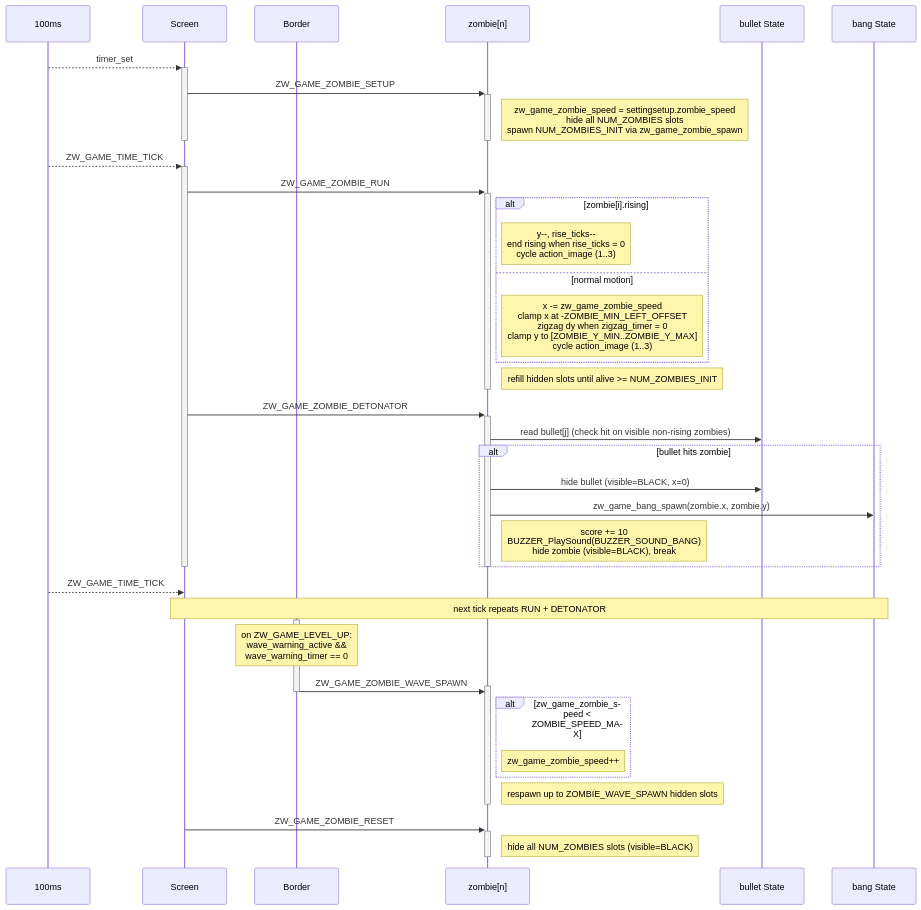
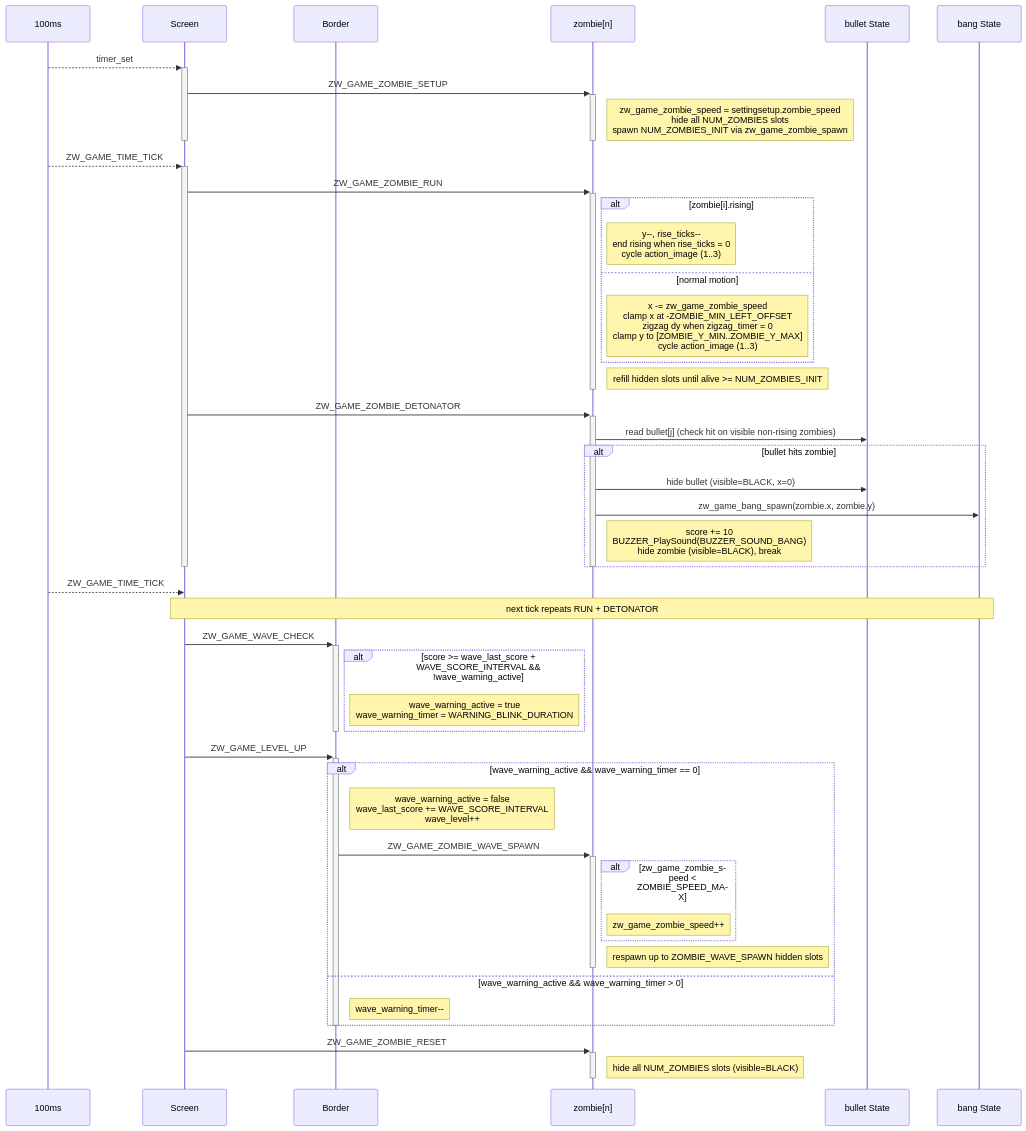
The diagram in docs/object_sequence.md (caotrongphuoc/mini-clock), drawn with Mermaid before and after one commit.

Commit message:
[UPDATE] zombie's sequence

````diff
--- a/docs/object_sequence.md
+++ b/docs/object_sequence.md
@@ -45,52 +45,62 @@
 ```mermaid
 sequenceDiagram
     participant Timer as 100ms
     participant Screen
     participant Border
     participant Zombie as zombie[n]
     participant Bullet as bullet State
     participant Bang as bang State
 
     Timer-->>+Screen: timer_set
     Screen->>+Zombie: ZW_GAME_ZOMBIE_SETUP
     Note right of Zombie: zw_game_zombie_speed = settingsetup.zombie_speed<br/>hide all NUM_ZOMBIES slots<br/>spawn NUM_ZOMBIES_INIT via zw_game_zombie_spawn
     deactivate Zombie
     deactivate Screen
 
     Timer-->>+Screen: ZW_GAME_TIME_TICK
     Screen->>+Zombie: ZW_GAME_ZOMBIE_RUN
     alt zombie[i].rising
         Note right of Zombie: y--, rise_ticks--<br/>end rising when rise_ticks = 0<br/>cycle action_image (1..3)
     else normal motion
         Note right of Zombie: x -= zw_game_zombie_speed<br/>clamp x at -ZOMBIE_MIN_LEFT_OFFSET<br/>zigzag dy when zigzag_timer = 0<br/>clamp y to [ZOMBIE_Y_MIN..ZOMBIE_Y_MAX]<br/>cycle action_image (1..3)
     end
     Note right of Zombie: refill hidden slots until alive >= NUM_ZOMBIES_INIT
     deactivate Zombie
 
     Screen->>+Zombie: ZW_GAME_ZOMBIE_DETONATOR
     Zombie->>Bullet: read bullet[j] (check hit on visible non-rising zombies)
     alt bullet hits zombie
         Zombie->>Bullet: hide bullet (visible=BLACK, x=0)
         Zombie->>Bang: zw_game_bang_spawn(zombie.x, zombie.y)
         Note right of Zombie: score += 10<br/>BUZZER_PlaySound(BUZZER_SOUND_BANG)<br/>hide zombie (visible=BLACK), break
     end
     deactivate Zombie
     deactivate Screen
 
     Timer-->>Screen: ZW_GAME_TIME_TICK
     Note over Screen,Bang: next tick repeats RUN + DETONATOR
 
-    activate Border
-    Note over Border: on ZW_GAME_LEVEL_UP:<br/>wave_warning_active &&<br/>wave_warning_timer == 0
-    Border->>+Zombie: ZW_GAME_ZOMBIE_WAVE_SPAWN
+    Screen->>+Border: ZW_GAME_WAVE_CHECK
+    alt score >= wave_last_score + WAVE_SCORE_INTERVAL && !wave_warning_active
+        Note right of Border: wave_warning_active = true<br/>wave_warning_timer = WARNING_BLINK_DURATION
+    end
     deactivate Border
-    alt zw_game_zombie_speed < ZOMBIE_SPEED_MAX
-        Note right of Zombie: zw_game_zombie_speed++
+
+    Screen->>+Border: ZW_GAME_LEVEL_UP
+    alt wave_warning_active && wave_warning_timer == 0
+        Note right of Border: wave_warning_active = false<br/>wave_last_score += WAVE_SCORE_INTERVAL<br/>wave_level++
+        Border->>+Zombie: ZW_GAME_ZOMBIE_WAVE_SPAWN
+        alt zw_game_zombie_speed < ZOMBIE_SPEED_MAX
+            Note right of Zombie: zw_game_zombie_speed++
+        end
+        Note right of Zombie: respawn up to ZOMBIE_WAVE_SPAWN hidden slots
+        deactivate Zombie
+    else wave_warning_active && wave_warning_timer > 0
+        Note right of Border: wave_warning_timer--
     end
-    Note right of Zombie: respawn up to ZOMBIE_WAVE_SPAWN hidden slots
-    deactivate Zombie
+    deactivate Border
 
     Screen->>+Zombie: ZW_GAME_ZOMBIE_RESET
     Note right of Zombie: hide all NUM_ZOMBIES slots (visible=BLACK)
     deactivate Zombie
 ```
````
